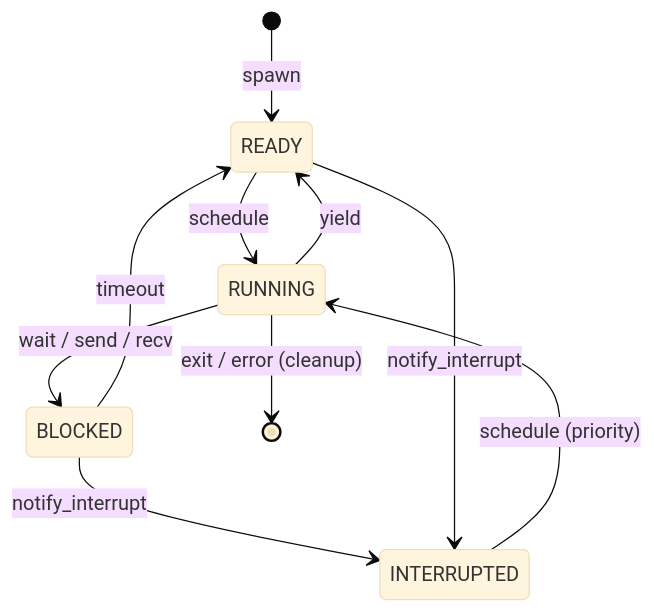
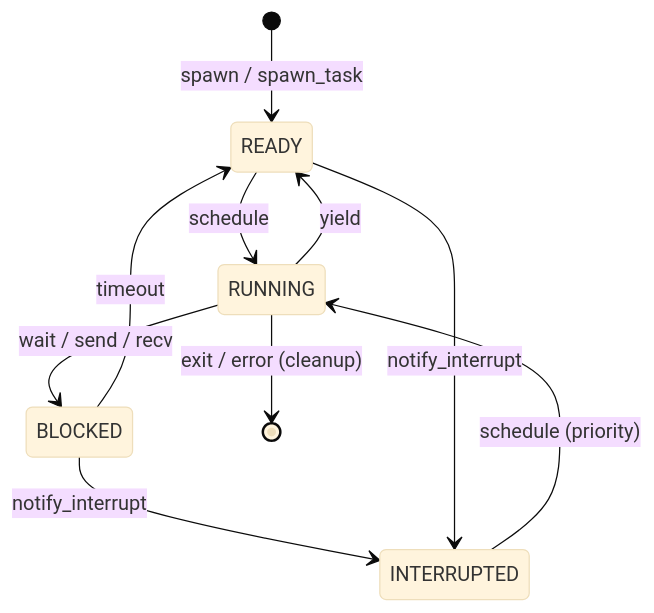
Before and after one commit to kmt-t/fireball: the second of 2 diagrams in docs/components/scheduler.md, drawn with Mermaid (base theme). The commit also changed other lines of this file and 27 other files, not shown here.

````diff
--- a/docs/components/scheduler.md
+++ b/docs/components/scheduler.md
@@ -54,17 +54,17 @@
 ```mermaid
 stateDiagram-v2
     state "READY" as ready
     state "RUNNING" as running
     state "BLOCKED" as blocked
     state "INTERRUPTED" as interrupted
     
-    [*] --> ready: spawn
+    [*] --> ready: spawn / spawn_task
     ready --> running: schedule
     running --> ready: yield
     running --> blocked: wait / send / recv
     blocked --> ready: timeout
     blocked --> interrupted: notify_interrupt
     ready --> interrupted: notify_interrupt
     interrupted --> running: schedule (priority)
     running --> [*]: exit / error (cleanup)
 ```
````
